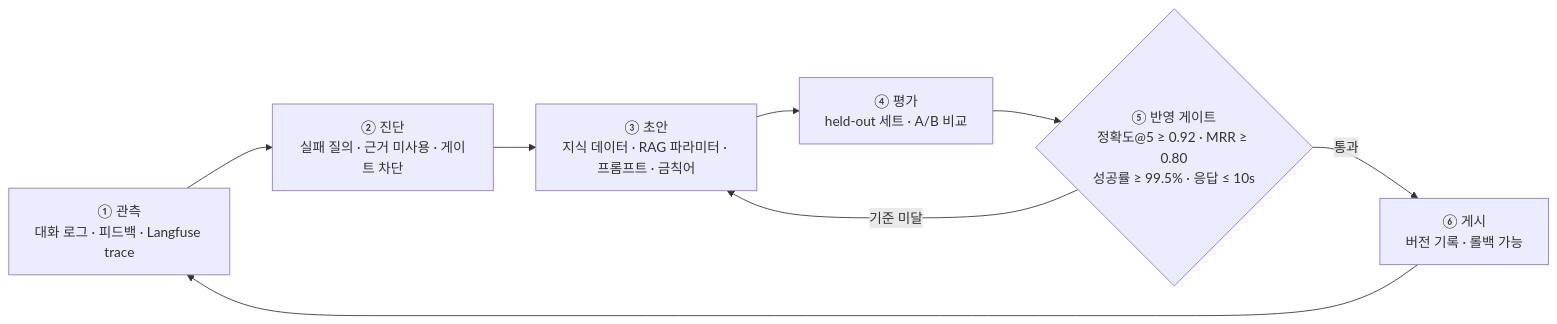
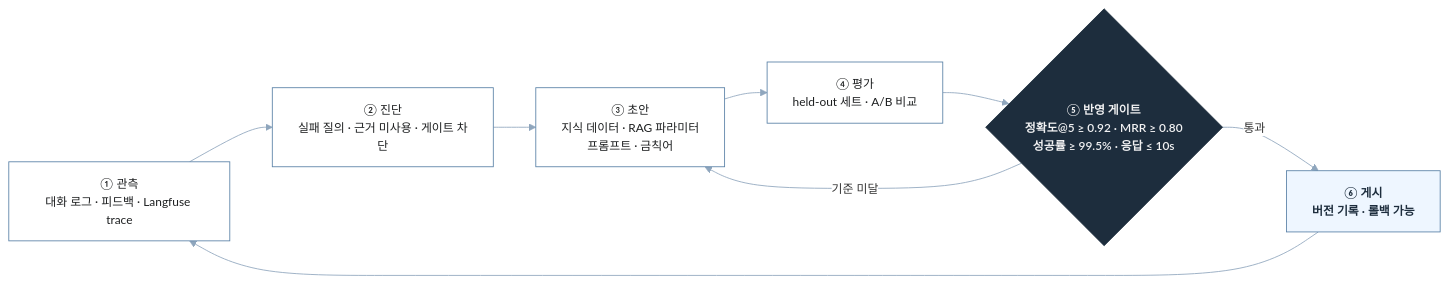
One commit to likelion-8/.github changed the third of 3 diagrams in profile/README.md. Above: the diagram before and after it, drawn with Mermaid. The commit also changed other lines of this file, not shown here.

````diff
--- a/profile/README.md
+++ b/profile/README.md
@@ -122,10 +223,21 @@
 ```mermaid
+%%{init: {'theme':'base','themeVariables':{
+  'fontFamily':'ui-sans-serif, -apple-system, Segoe UI, Roboto, sans-serif',
+  'fontSize':'14px','lineColor':'#8fa6bd','edgeLabelBackground':'#ffffff'
+}}}%%
 flowchart LR
-    OB[① 관측<br/>대화 로그 · 피드백 · Langfuse trace] --> DX[② 진단<br/>실패 질의 · 근거 미사용 · 게이트 차단]
-    DX --> DR[③ 초안<br/>지식 데이터 · RAG 파라미터 · 프롬프트 · 금칙어]
-    DR --> EV[④ 평가<br/>held-out 세트 · A/B 비교]
-    EV --> GT{⑤ 반영 게이트<br/>정확도@5 ≥ 0.92 · MRR ≥ 0.80<br/>성공률 ≥ 99.5% · 응답 ≤ 10s}
+    OB["① 관측<br/>대화 로그 · 피드백 · Langfuse trace"] --> DX["② 진단<br/>실패 질의 · 근거 미사용 · 게이트 차단"]
+    DX --> DR["③ 초안<br/>지식 데이터 · RAG 파라미터<br/>프롬프트 · 금칙어"]
+    DR --> EV["④ 평가<br/>held-out 세트 · A/B 비교"]
+    EV --> GT{"⑤ 반영 게이트<br/>정확도@5 ≥ 0.92 · MRR ≥ 0.80<br/>성공률 ≥ 99.5% · 응답 ≤ 10s"}
     GT -->|기준 미달| DR
-    GT -->|통과| AP[⑥ 게시<br/>버전 기록 · 롤백 가능]
+    GT -->|통과| AP["⑥ 게시<br/>버전 기록 · 롤백 가능"]
     AP --> OB
+
+    classDef gate fill:#1d2d3d,stroke:#1d2d3d,color:#f2f2f3,font-weight:600
+    classDef step fill:#ffffff,stroke:#5980a6,color:#1d1f20
+    classDef pub  fill:#eef6ff,stroke:#5980a6,color:#1d2d3d,font-weight:600
+    class GT gate
+    class OB,DX,DR,EV step
+    class AP pub
 ```
````
